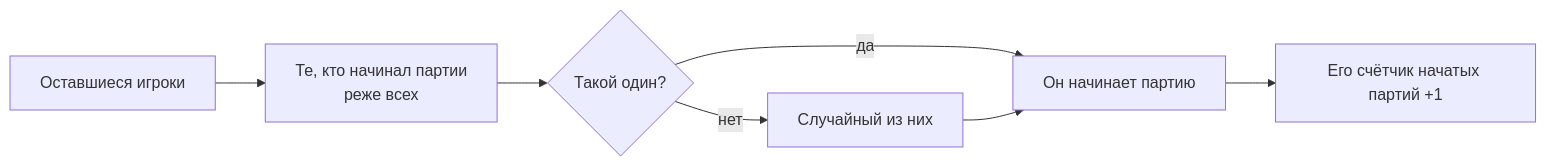
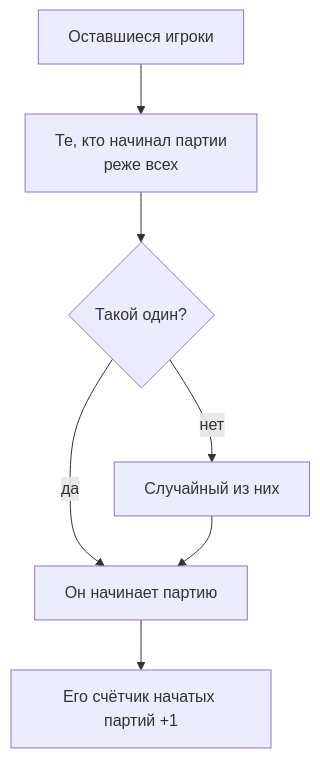
The second of 2 diagrams in docs/rules/match.md (CaseyJohnson-RS/LiveEngine), drawn with Mermaid before and after one commit. The commit also changed other lines of this file and 10 other files, not shown here.

````diff
--- a/docs/rules/match.md
+++ b/docs/rules/match.md
@@ -32,8 +34,8 @@
 ```mermaid
-flowchart LR
+flowchart TD
     A["Оставшиеся игроки"] --> B["Те, кто начинал партии<br/>реже всех"]
     B --> C{"Такой один?"}
     C -- да --> D["Он начинает партию"]
     C -- нет --> E["Случайный из них"] --> D
     D --> F["Его счётчик начатых партий +1"]
 ```
````
